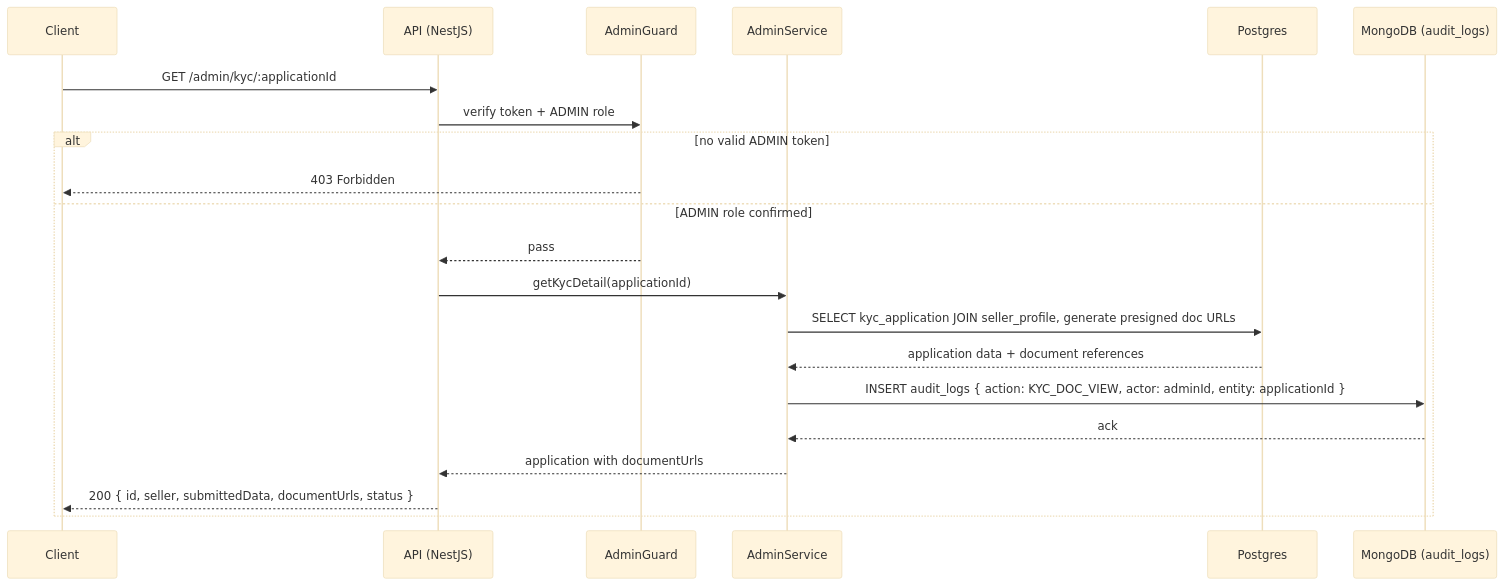
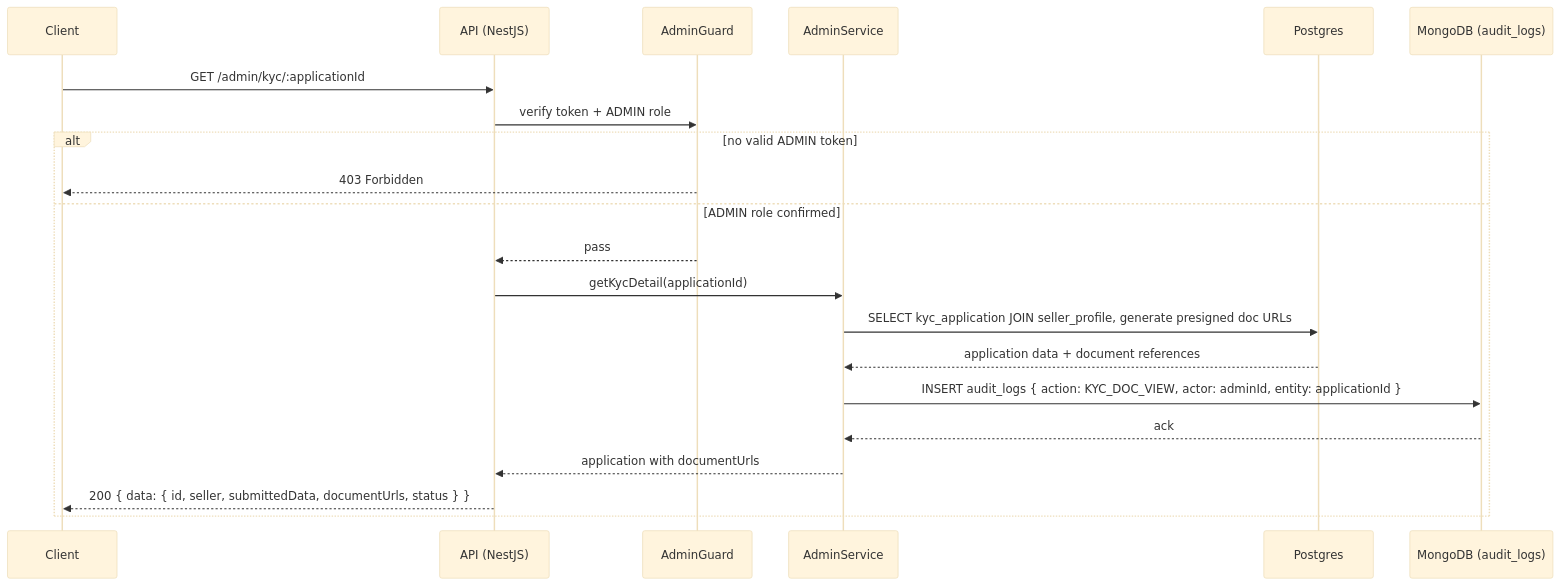
One commit to alisa-uthi/aliceut-ecom-document changed the second of 12 diagrams in phase-1/technical-design/api-design/admin.md. Above: the diagram before and after it, drawn with Mermaid (base theme). The commit also changed other lines of this file and 22 other files, not shown here.

````diff
--- a/phase-1/technical-design/api-design/admin.md
+++ b/phase-1/technical-design/api-design/admin.md
@@ -125,24 +127,24 @@
 ```mermaid
 sequenceDiagram
     participant C as Client
     participant API as API (NestJS)
     participant G as AdminGuard
     participant S as AdminService
     participant PG as Postgres
     participant MDB as MongoDB (audit_logs)
 
     C->>API: GET /admin/kyc/:applicationId
     API->>G: verify token + ADMIN role
     alt no valid ADMIN token
         G-->>C: 403 Forbidden
     else ADMIN role confirmed
         G-->>API: pass
         API->>S: getKycDetail(applicationId)
         S->>PG: SELECT kyc_application JOIN seller_profile, generate presigned doc URLs
         PG-->>S: application data + document references
         S->>MDB: INSERT audit_logs { action: KYC_DOC_VIEW, actor: adminId, entity: applicationId }
         MDB-->>S: ack
         S-->>API: application with documentUrls
-        API-->>C: 200 { id, seller, submittedData, documentUrls, status }
+        API-->>C: 200 { data: { id, seller, submittedData, documentUrls, status } }
     end
 ```
````
